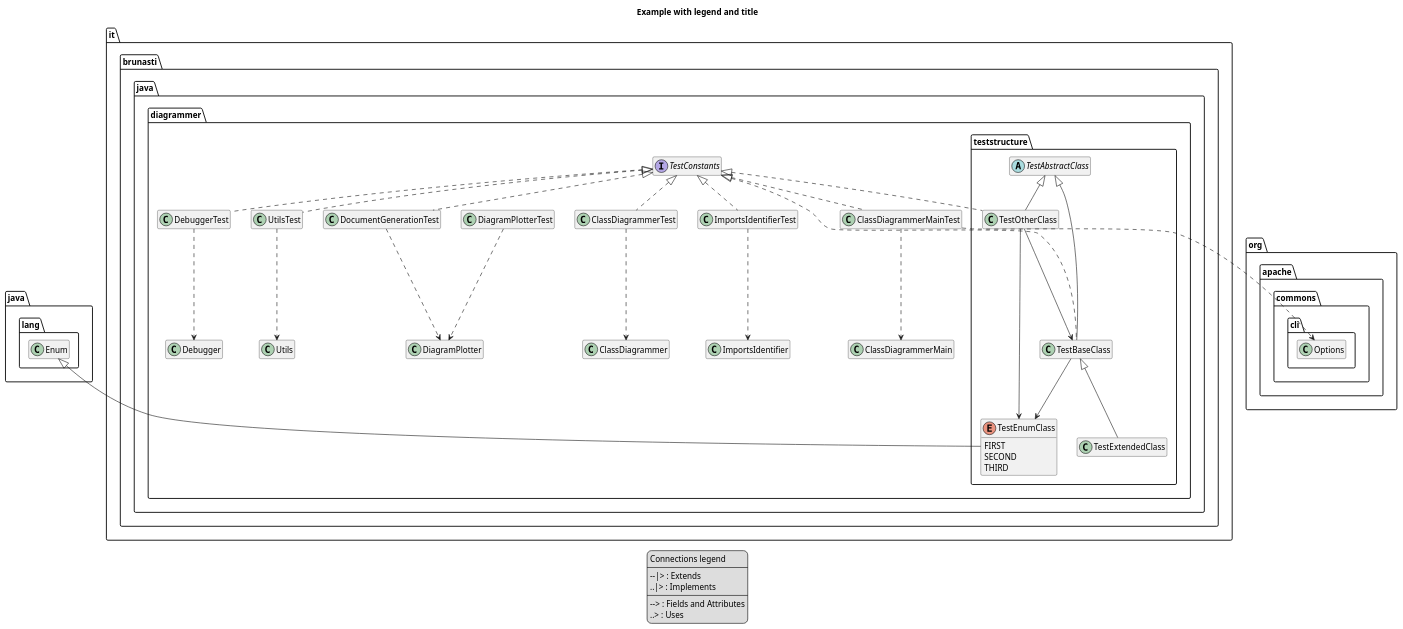
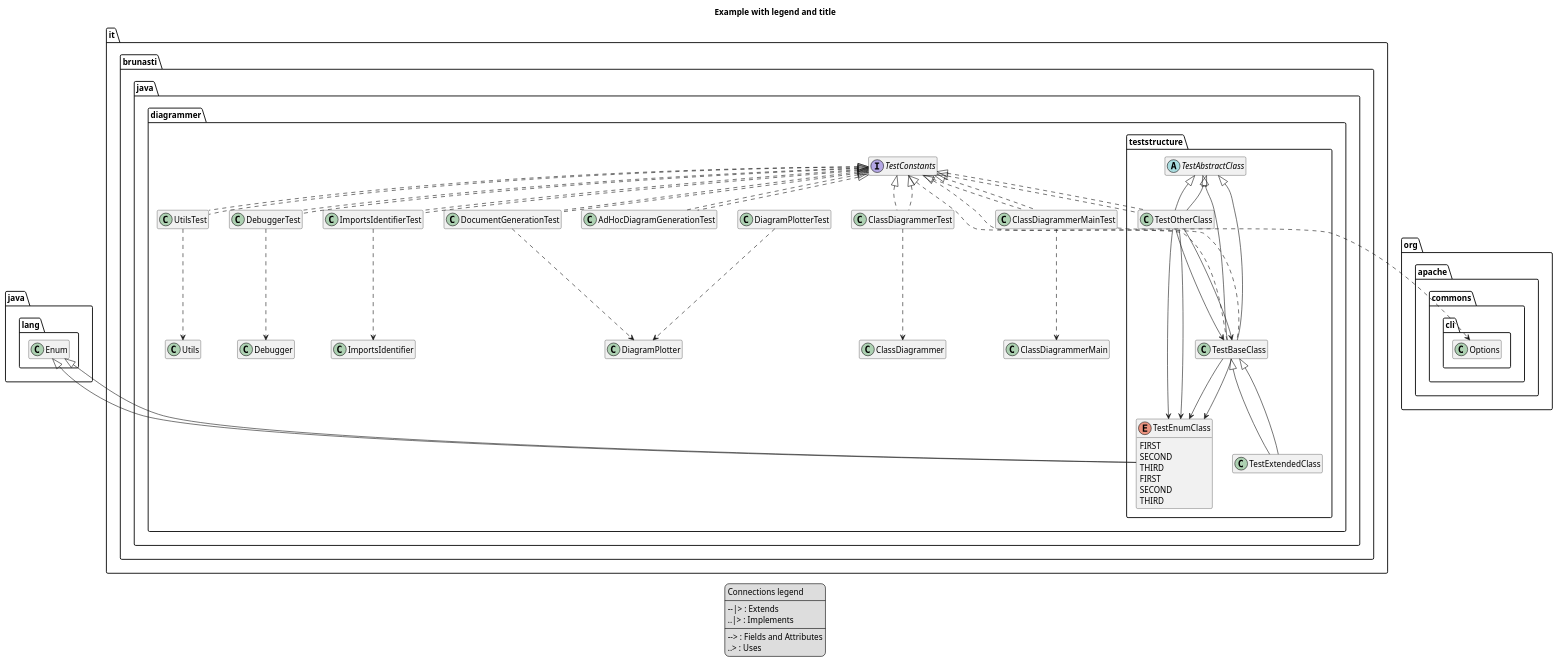
One commit to brunasti/java-diagrammer changed the diagram in docs/output-include.puml. Above: the diagram before and after it, drawn with PlantUML. The commit also changed 10 other files, not shown here.

```diff
--- a/docs/output-include.puml
+++ b/docs/output-include.puml
@@ -1,83 +1,126 @@
 @startuml
 'https://plantuml.com/class-diagram
 
 ' GENERATE CLASS DIAGRAM ===========
 ' Generator       : it.brunasti.java.diagrammer.ClassDiagrammer
 ' Path            : [./target/test-classes]
 ' Configuration   : [./docs/config-includeFile.json]
-' Generated at    : Thu Jan 16 10:21:25 CET 2025
+' Generated at    : Thu Nov 13 13:48:55 CET 2025
+'
+'   Stat infos    :
+'       Files : [30]
+'       Lines : [0]
+'     Classes : [28]
+'     Methods : [282]
+'      Fields : [56]
 
 ' Include         : [./docs/includedFile.txt] ---------
 title Example with legend and title
 
 hide empty members
 
 
 legend
 Connections legend
 ----
 --|> : Extends
 ..|> : Implements
 ----
 --> : Fields and Attributes
 ..> : Uses
 end legend
 ' Include end     : --------------------------
 
 
 
 ' CLASSES =======
+class it.brunasti.java.diagrammer.teststructure.TestExtendedClass
+class it.brunasti.java.diagrammer.DebuggerTest
+class it.brunasti.java.diagrammer.ImportsIdentifierTest
+class it.brunasti.java.diagrammer.ClassDiagrammerTest
+interface it.brunasti.java.diagrammer.TestConstants
+class it.brunasti.java.diagrammer.teststructure.TestBaseClass
+enum it.brunasti.java.diagrammer.teststructure.TestEnumClass{
+  FIRST
+  SECOND
+  THIRD
+}
+class it.brunasti.java.diagrammer.DiagramPlotterTest
+abstract it.brunasti.java.diagrammer.teststructure.TestAbstractClass
+class it.brunasti.java.diagrammer.ClassDiagrammerMainTest
+class it.brunasti.java.diagrammer.UtilsTest
+class it.brunasti.java.diagrammer.DocumentGenerationTest
+class it.brunasti.java.diagrammer.AdHocDiagramGenerationTest
+class it.brunasti.java.diagrammer.teststructure.TestOtherClass
 class it.brunasti.java.diagrammer.ClassDiagrammerTest
 class it.brunasti.java.diagrammer.UtilsTest
 interface it.brunasti.java.diagrammer.TestConstants
 class it.brunasti.java.diagrammer.ImportsIdentifierTest
 class it.brunasti.java.diagrammer.teststructure.TestExtendedClass
 class it.brunasti.java.diagrammer.teststructure.TestOtherClass
 class it.brunasti.java.diagrammer.DocumentGenerationTest
 class it.brunasti.java.diagrammer.DiagramPlotterTest
+class it.brunasti.java.diagrammer.AdHocDiagramGenerationTest
 abstract it.brunasti.java.diagrammer.teststructure.TestAbstractClass
 class it.brunasti.java.diagrammer.teststructure.TestBaseClass
 enum it.brunasti.java.diagrammer.teststructure.TestEnumClass{
   FIRST
   SECOND
   THIRD
 }
 class it.brunasti.java.diagrammer.ClassDiagrammerMainTest
 class it.brunasti.java.diagrammer.DebuggerTest
 
 ' INHERITANCES =======
 it.brunasti.java.diagrammer.teststructure.TestBaseClass <|-- it.brunasti.java.diagrammer.teststructure.TestExtendedClass
+it.brunasti.java.diagrammer.teststructure.TestAbstractClass <|-- it.brunasti.java.diagrammer.teststructure.TestBaseClass
+java.lang.Enum <|-- it.brunasti.java.diagrammer.teststructure.TestEnumClass
+it.brunasti.java.diagrammer.teststructure.TestAbstractClass <|-- it.brunasti.java.diagrammer.teststructure.TestOtherClass
+it.brunasti.java.diagrammer.teststructure.TestBaseClass <|-- it.brunasti.java.diagrammer.teststructure.TestExtendedClass
 it.brunasti.java.diagrammer.teststructure.TestAbstractClass <|-- it.brunasti.java.diagrammer.teststructure.TestOtherClass
 it.brunasti.java.diagrammer.teststructure.TestAbstractClass <|-- it.brunasti.java.diagrammer.teststructure.TestBaseClass
 java.lang.Enum <|-- it.brunasti.java.diagrammer.teststructure.TestEnumClass
 
 ' IMPLEMENT INTERFACE =======
+it.brunasti.java.diagrammer.TestConstants <|.. it.brunasti.java.diagrammer.DebuggerTest
+it.brunasti.java.diagrammer.TestConstants <|.. it.brunasti.java.diagrammer.ImportsIdentifierTest
+it.brunasti.java.diagrammer.TestConstants <|.. it.brunasti.java.diagrammer.ClassDiagrammerTest
+it.brunasti.java.diagrammer.TestConstants <|.. it.brunasti.java.diagrammer.teststructure.TestBaseClass
+it.brunasti.java.diagrammer.TestConstants <|.. it.brunasti.java.diagrammer.ClassDiagrammerMainTest
+it.brunasti.java.diagrammer.TestConstants <|.. it.brunasti.java.diagrammer.UtilsTest
+it.brunasti.java.diagrammer.TestConstants <|.. it.brunasti.java.diagrammer.DocumentGenerationTest
+it.brunasti.java.diagrammer.TestConstants <|.. it.brunasti.java.diagrammer.AdHocDiagramGenerationTest
+it.brunasti.java.diagrammer.TestConstants <|.. it.brunasti.java.diagrammer.teststructure.TestOtherClass
 it.brunasti.java.diagrammer.TestConstants <|.. it.brunasti.java.diagrammer.ClassDiagrammerTest
 it.brunasti.java.diagrammer.TestConstants <|.. it.brunasti.java.diagrammer.UtilsTest
 it.brunasti.java.diagrammer.TestConstants <|.. it.brunasti.java.diagrammer.ImportsIdentifierTest
 it.brunasti.java.diagrammer.TestConstants <|.. it.brunasti.java.diagrammer.teststructure.TestOtherClass
 it.brunasti.java.diagrammer.TestConstants <|.. it.brunasti.java.diagrammer.DocumentGenerationTest
+it.brunasti.java.diagrammer.TestConstants <|.. it.brunasti.java.diagrammer.AdHocDiagramGenerationTest
 it.brunasti.java.diagrammer.TestConstants <|.. it.brunasti.java.diagrammer.teststructure.TestBaseClass
 it.brunasti.java.diagrammer.TestConstants <|.. it.brunasti.java.diagrammer.ClassDiagrammerMainTest
 it.brunasti.java.diagrammer.TestConstants <|.. it.brunasti.java.diagrammer.DebuggerTest
 
 ' FIELDS =======
+it.brunasti.java.diagrammer.teststructure.TestBaseClass --> it.brunasti.java.diagrammer.teststructure.TestEnumClass
+it.brunasti.java.diagrammer.teststructure.TestOtherClass --> it.brunasti.java.diagrammer.teststructure.TestBaseClass
+it.brunasti.java.diagrammer.teststructure.TestOtherClass --> it.brunasti.java.diagrammer.teststructure.TestEnumClass
 it.brunasti.java.diagrammer.teststructure.TestOtherClass --> it.brunasti.java.diagrammer.teststructure.TestBaseClass
 it.brunasti.java.diagrammer.teststructure.TestOtherClass --> it.brunasti.java.diagrammer.teststructure.TestEnumClass
 it.brunasti.java.diagrammer.teststructure.TestBaseClass --> it.brunasti.java.diagrammer.teststructure.TestEnumClass
 
 ' USES =======
+it.brunasti.java.diagrammer.DebuggerTest ..> it.brunasti.java.diagrammer.Debugger
+it.brunasti.java.diagrammer.ImportsIdentifierTest ..> it.brunasti.java.diagrammer.ImportsIdentifier
 it.brunasti.java.diagrammer.ClassDiagrammerTest ..> it.brunasti.java.diagrammer.ClassDiagrammer
-it.brunasti.java.diagrammer.UtilsTest ..> it.brunasti.java.diagrammer.Utils
-it.brunasti.java.diagrammer.ImportsIdentifierTest ..> it.brunasti.java.diagrammer.ImportsIdentifier
-it.brunasti.java.diagrammer.DocumentGenerationTest ..> it.brunasti.java.diagrammer.DiagramPlotter
 it.brunasti.java.diagrammer.DiagramPlotterTest ..> it.brunasti.java.diagrammer.DiagramPlotter
 it.brunasti.java.diagrammer.ClassDiagrammerMainTest ..> it.brunasti.java.diagrammer.ClassDiagrammerMain
 it.brunasti.java.diagrammer.ClassDiagrammerMainTest ..> org.apache.commons.cli.Options
-it.brunasti.java.diagrammer.DebuggerTest ..> it.brunasti.java.diagrammer.Debugger
+it.brunasti.java.diagrammer.UtilsTest ..> it.brunasti.java.diagrammer.Utils
+it.brunasti.java.diagrammer.DocumentGenerationTest ..> it.brunasti.java.diagrammer.DiagramPlotter
 
 ' IMPORTS =======
 ' Java Files Path : 
 
 
 @enduml
```
